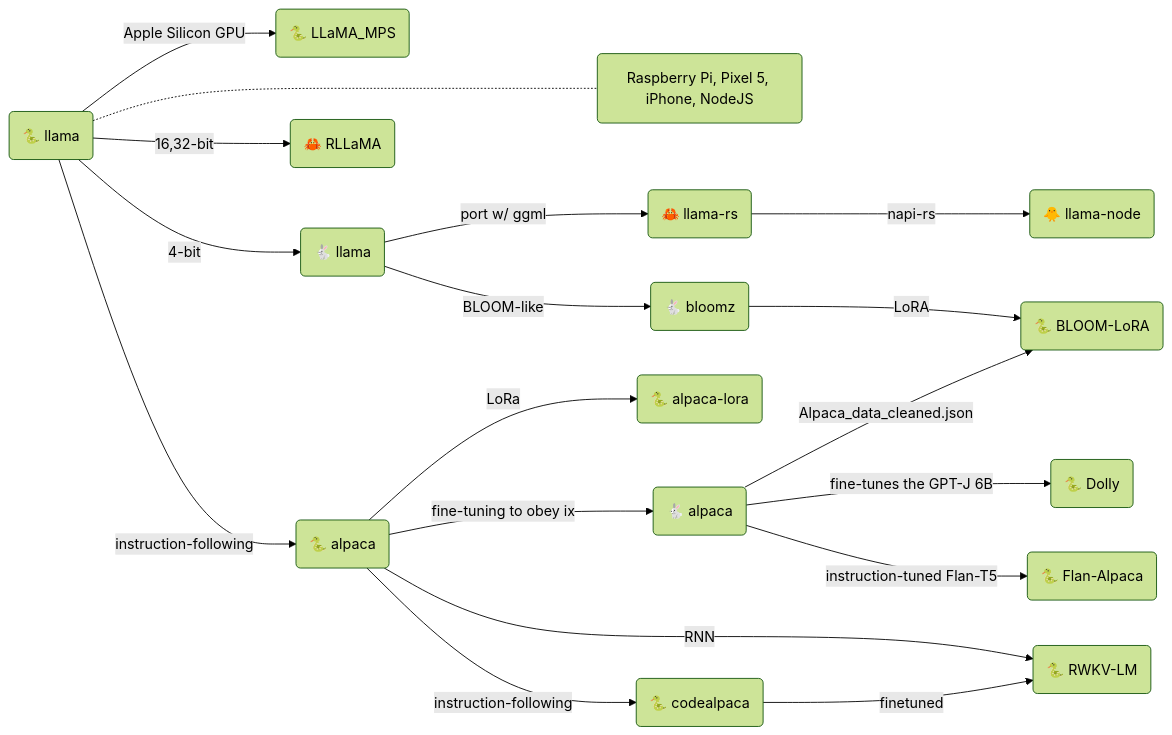
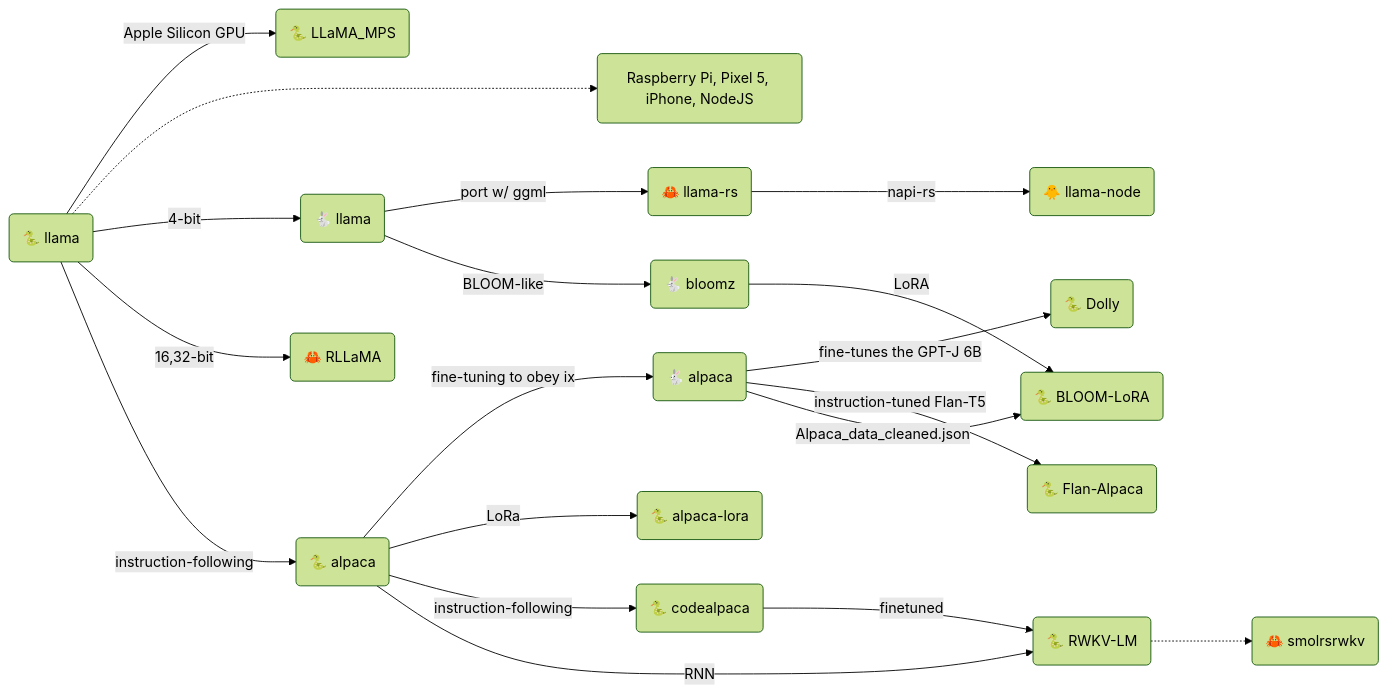
Before and after one commit to gist-rs/book: the second of 3 diagrams in src/ml/llama.md, drawn with Mermaid (forest theme). The commit also changed other lines of this file, not shown here.

Commit message:
feat: add smolrsrwkv

````diff
--- a/src/ml/llama.md
+++ b/src/ml/llama.md
@@ -43,19 +43,20 @@
 ```mermaid
 graph LR;
 A --Apple Silicon GPU--> AA("🐍 LLaMA_MPS")
-A -..- AAA("Raspberry Pi, Pixel 5, iPhone, NodeJS")
+A -..-> AAA("Raspberry Pi, Pixel 5, iPhone, NodeJS")
 A("🐍 llama") --"4-bit"--> B("🐇 llama")
 B --port w/ ggml--> C("🦀 llama-rs")
 A --"16,32-bit"--> CC("🦀 RLLaMA")
 C --"napi-rs"--> I("🐥 llama-node")
 E --"fine-tuning to obey ix"--> D("🐇 alpaca")
 A --instruction-following--> E("🐍 alpaca") --LoRa--> F("🐍 alpaca-lora")
 E --instruction-following--> H("🐍 codealpaca")
 D --"fine-tunes the GPT-J 6B"--> DD("🐍 Dolly")
 D --"instruction-tuned Flan-T5"--> DDD("🐍 Flan-Alpaca")
 B --BLOOM-like--> BB("🐇 bloomz")
 BB --LoRA--> DDDD("🐍 BLOOM-LoRA")
 D --Alpaca_data_cleaned.json--> DDDD
 E --RNN-->EE("🐍 RWKV-LM")
 H --finetuned--> EE
+EE -..-> EEE("🦀 smolrsrwkv")
 ```
````
